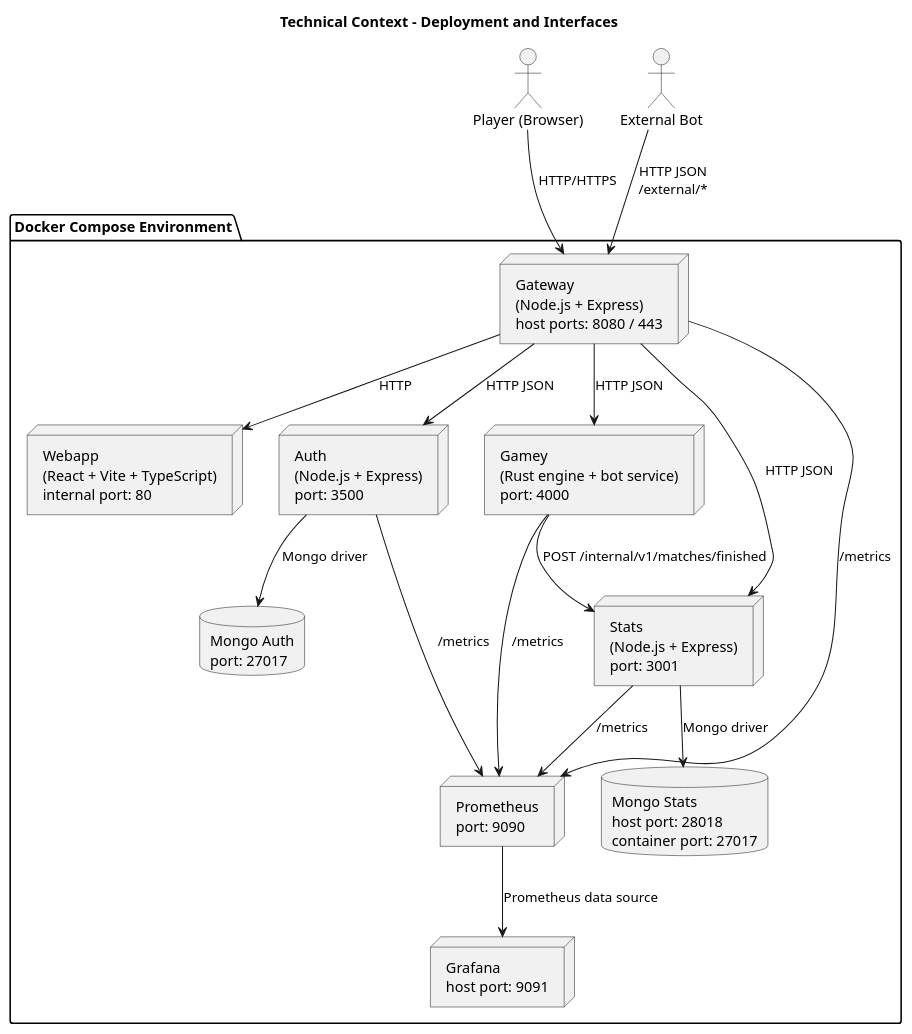
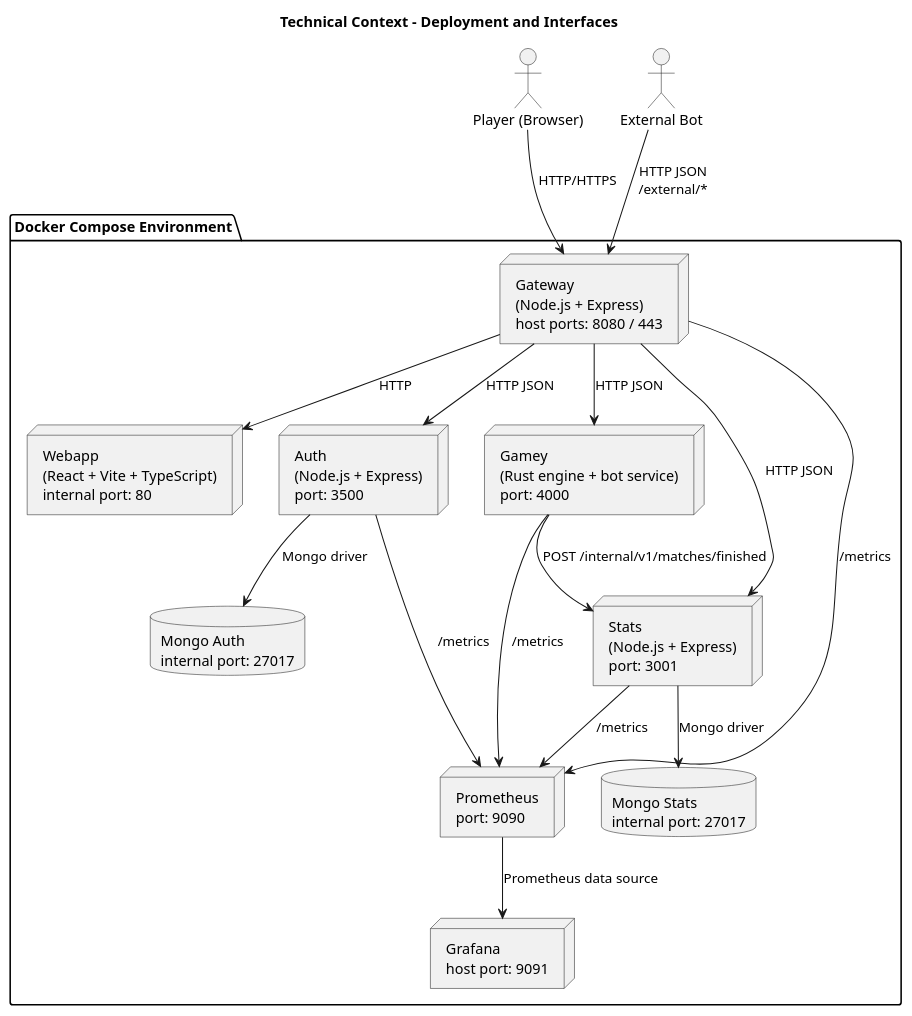
The second of 2 diagrams in docs/src/03_context_and_scope.adoc (Arquisoft/yovi_es4b), drawn with PlantUML before and after one commit.

Commit message:
arreglo puertos

```diff
--- a/docs/src/03_context_and_scope.adoc
+++ b/docs/src/03_context_and_scope.adoc
@@ -59,39 +59,39 @@
 [plantuml, target=technical-context-diagram, format=png]
 ----
 @startuml
 title Technical Context - Deployment and Interfaces
 
 actor "Player (Browser)" as Browser
 actor "External Bot" as ExternalBot
 
 package "Docker Compose Environment" {
     node "Gateway\n(Node.js + Express)\nhost ports: 8080 / 443" as Gateway
     node "Webapp\n(React + Vite + TypeScript)\ninternal port: 80" as WebApp
     node "Auth\n(Node.js + Express)\nport: 3500" as Auth
     node "Stats\n(Node.js + Express)\nport: 3001" as Stats
     node "Gamey\n(Rust engine + bot service)\nport: 4000" as Gamey
-    database "Mongo Auth\nport: 27017" as UserDB
-    database "Mongo Stats\nhost port: 28018\ncontainer port: 27017" as GameDB
+    database "Mongo Auth\ninternal port: 27017" as UserDB
+    database "Mongo Stats\ninternal port: 27017" as GameDB
     node "Prometheus\nport: 9090" as Prometheus
     node "Grafana\nhost port: 9091" as Grafana
 }
 
 Browser --> Gateway : HTTP/HTTPS
 ExternalBot --> Gateway : HTTP JSON\n/external/*
 
 Gateway --> WebApp : HTTP
 Gateway --> Auth : HTTP JSON
 Gateway --> Stats : HTTP JSON
 Gateway --> Gamey : HTTP JSON
 
 Auth --> UserDB : Mongo driver
 Stats --> GameDB : Mongo driver
 Gamey --> Stats : POST /internal/v1/matches/finished
 
 Gateway --> Prometheus : /metrics
 Auth --> Prometheus : /metrics
 Stats --> Prometheus : /metrics
 Gamey --> Prometheus : /metrics
 Prometheus --> Grafana : Prometheus data source
 @enduml
 ----
```
